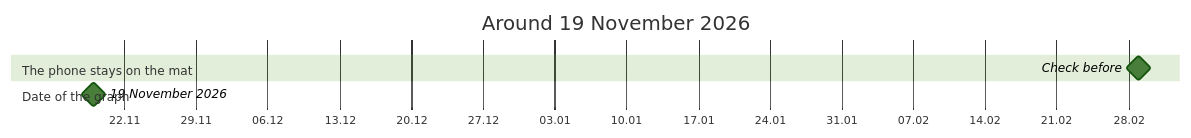
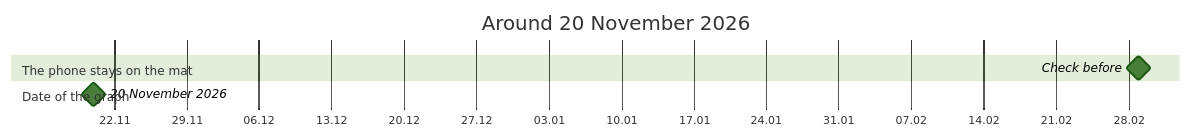
Before and after one commit to advancedcognitivesystems-ai/trame: the diagram in apps/poselia/docs/timeline.md, drawn with Mermaid (forest theme). The commit also changed other lines of this file and 175 other files, not shown here.

````diff
--- a/apps/poselia/docs/timeline.md
+++ b/apps/poselia/docs/timeline.md
@@ -5,10 +5,10 @@
 ```mermaid
 gantt
   dateFormat YYYY-MM-DD
   axisFormat %d.%m
-  title Around 19 November 2026
+  title Around 20 November 2026
   section The phone stays on the mat
     Check before : milestone, 2027-03-01, 0d
   section Date of the graph
-    19 November 2026 : milestone, 2026-11-19, 0d
+    20 November 2026 : milestone, 2026-11-20, 0d
 ```
````
